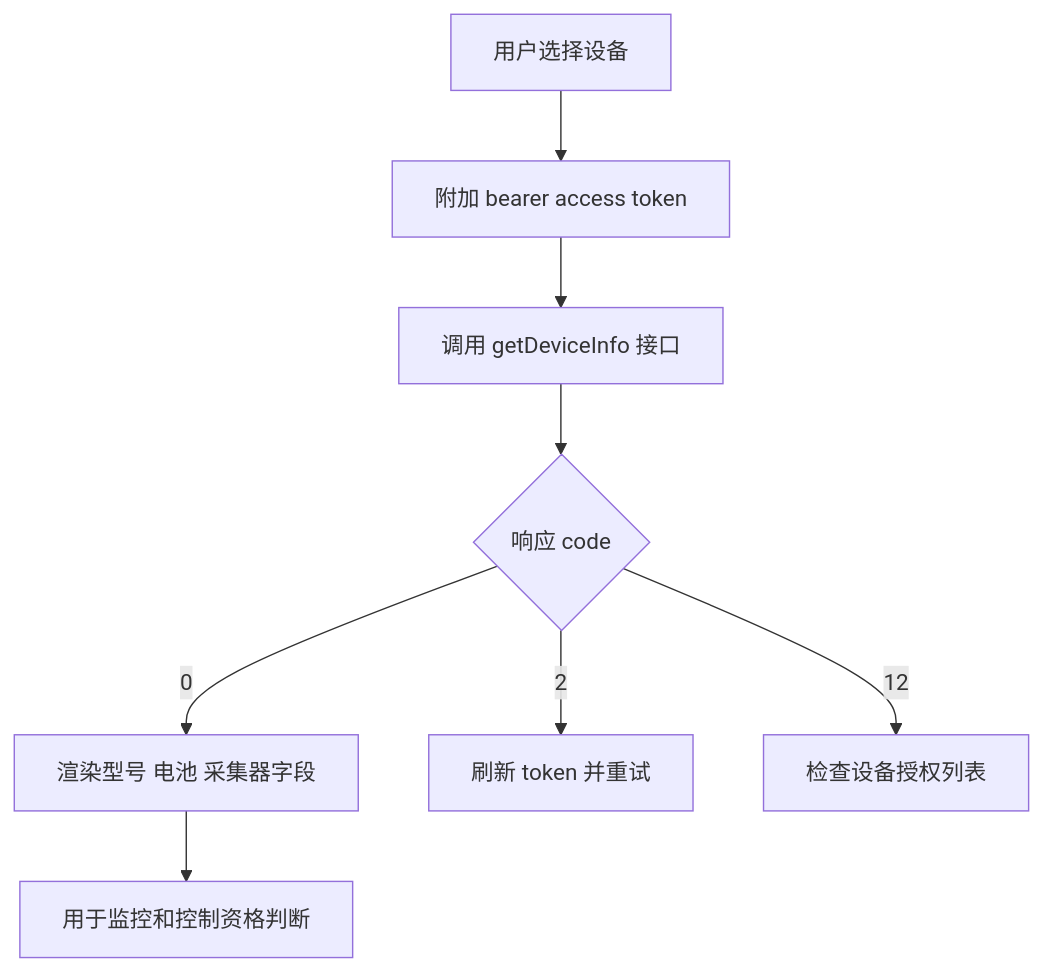
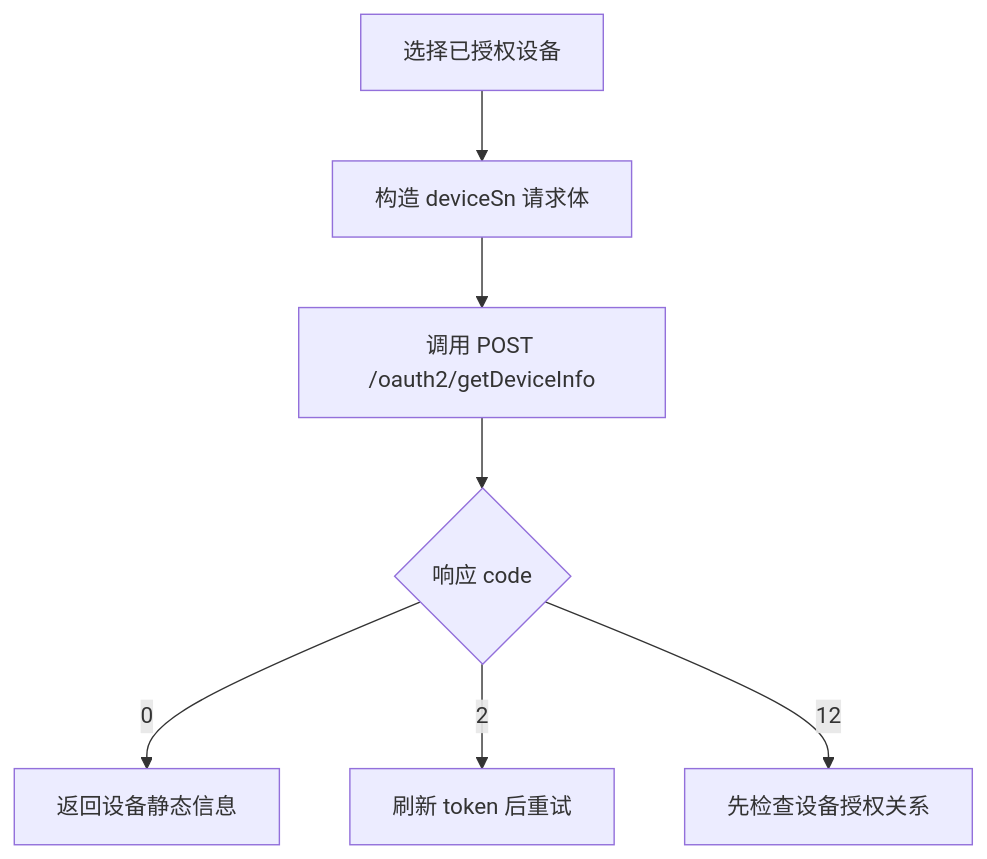
One commit to EugeneJian/growatt-unified-api changed the diagram in Growatt API/OPENAPI.zh-CN/07_api_device_info.md. Above: the diagram before and after it, drawn with Mermaid. The commit also changed other lines of this file and 26 other files, not shown here.

````diff
--- a/Growatt API/OPENAPI.zh-CN/07_api_device_info.md
+++ b/Growatt API/OPENAPI.zh-CN/07_api_device_info.md
@@ -29,11 +21,10 @@
 ```mermaid
 %% 本代码严格遵循AI生成Mermaid代码的终极准则v4.1（Mermaid终极大师）
 flowchart TD
-    A["用户选择设备"] --> B["附加 bearer access token"]
-    B --> C["调用 getDeviceInfo 接口"]
+    A["选择已授权设备"] --> B["构造 deviceSn 请求体"]
+    B --> C["调用 POST /oauth2/getDeviceInfo"]
     C --> D{"响应 code"}
-    D -->|"0"| E["渲染型号 电池 采集器字段"]
-    D -->|"2"| F["刷新 token 并重试"]
-    D -->|"12"| G["检查设备授权列表"]
-    E --> H["用于监控和控制资格判断"]
+    D -->|"0"| E["返回设备静态信息"]
+    D -->|"2"| F["刷新 token 后重试"]
+    D -->|"12"| G["先检查设备授权关系"]
 ```
````
